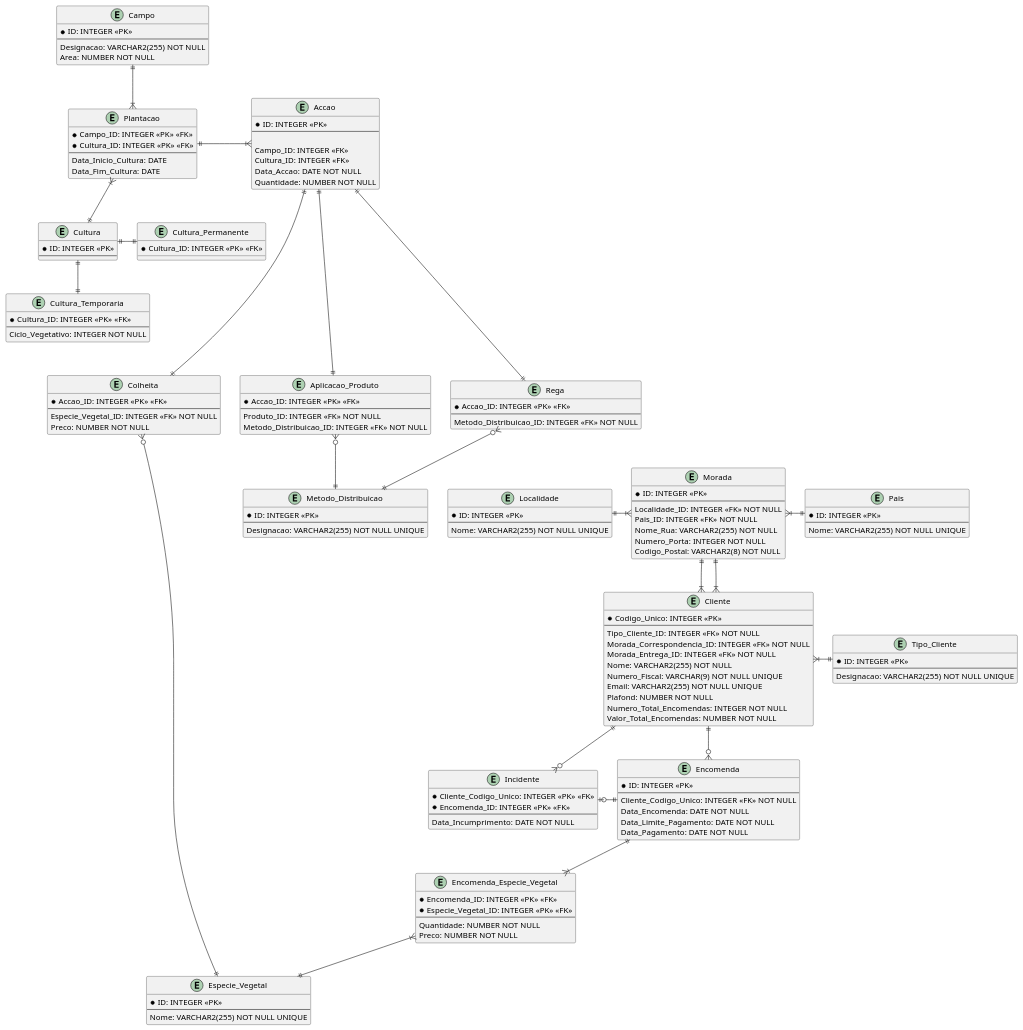
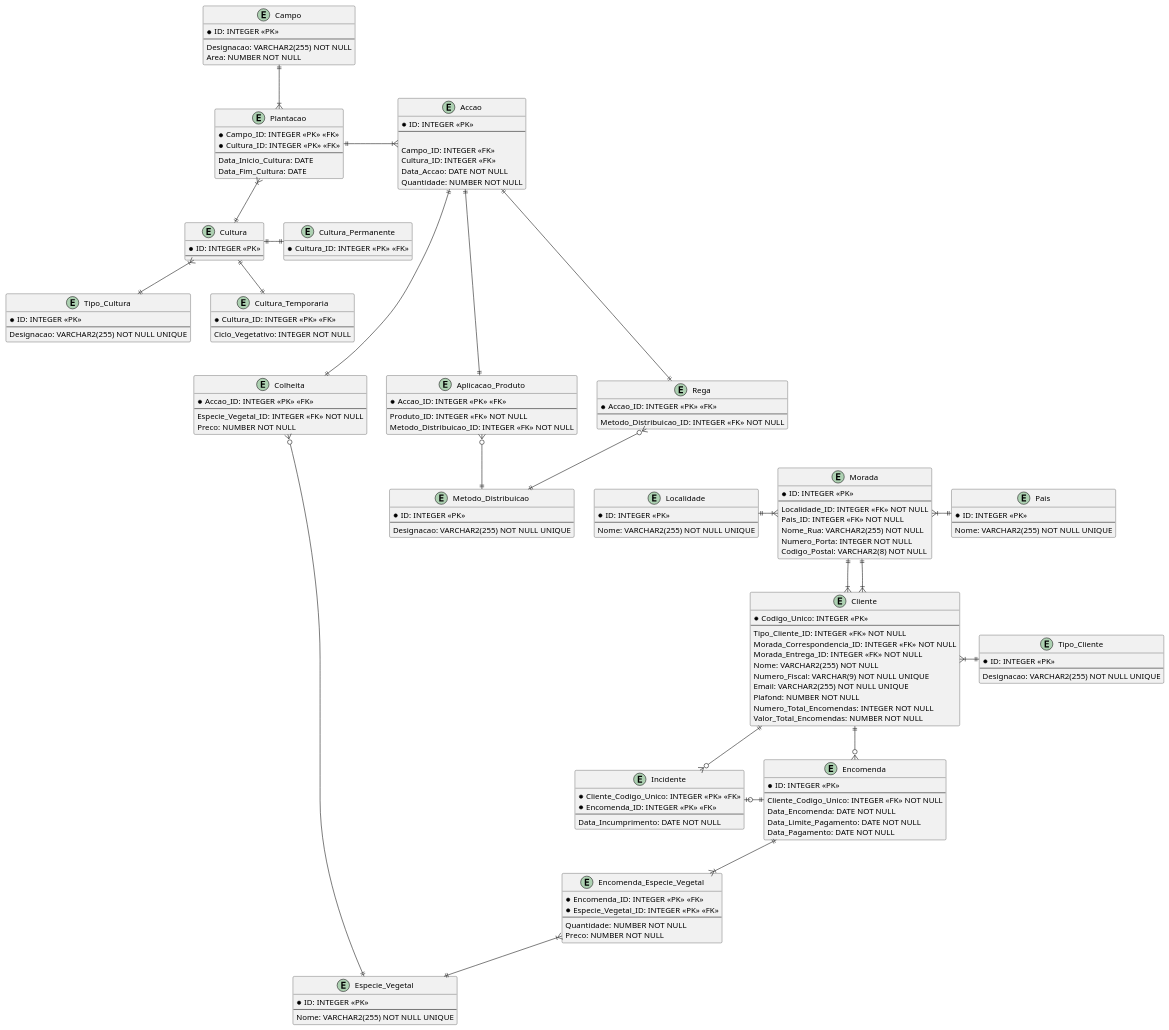
Before and after one commit to Mendoncaa/LAPR3: the diagram in BDDAD/Quinta-Finanças.puml, drawn with PlantUML. The commit also changed 3 other files, not shown here.

```diff
--- a/BDDAD/Quinta-Finanças.puml
+++ b/BDDAD/Quinta-Finanças.puml
@@ -1,192 +1,199 @@
 @startuml Quinta-Finanças
 
 /'TODO #1:- Verificar se a Designação de um Campo é única e se estas 
 devem seguir um conjunto de regras;'/
 /'TODO #2:- Determinar o valor minímo de uma qualquer Área;'/
 /'Constraints:- [[Area, CHECK(Area > Mínimo)]]'/
 entity Campo {
     * ID: INTEGER <<PK>>
     --
     Designacao: VARCHAR2(255) NOT NULL
     Area: NUMBER NOT NULL
 }
 
 /'Triggers:-
     #1: Verificar que uma Cultura não é simultaneamente uma Cultura_Temporaria
     e Cultura_Permanente;'/
 entity Cultura {
     * ID: INTEGER <<PK>>
     --
+}
+
+entity Tipo_Cultura {
+    * ID: INTEGER <<PK>>
+    --
+    Designacao: VARCHAR2(255) NOT NULL UNIQUE
 }
 
 /'Contraints:- [[Ciclo_Vegetativo, CHECK(Ciclo_Vegetativo > 0)], 
 [Ciclo_Vegetativo, CHECK(Ciclo_Vegetativo < 12)]]'/
 entity Cultura_Temporaria {
     * Cultura_ID: INTEGER <<PK>> <<FK>>
     --
     Ciclo_Vegetativo: INTEGER NOT NULL
 }
 
 entity Cultura_Permanente {
     * Cultura_ID: INTEGER <<PK>> <<FK>>
 }
 
 /'Constraints:- [[Campo_ID, Data_Inicio_Cultura, UNIQUE(Campo_ID, Data_Inicio_Cultura)], 
 [Data_Fim_Cultura, CHECK(Data_Fim_Cultura < Data_Inicio_Cultura)]]'/
 entity Plantacao {
     * Campo_ID: INTEGER <<PK>> <<FK>>
     * Cultura_ID: INTEGER <<PK>> <<FK>>
     --
     Data_Inicio_Cultura: DATE
     Data_Fim_Cultura: DATE
 }
 
 entity Especie_Vegetal {
     * ID: INTEGER <<PK>>
     --
     Nome: VARCHAR2(255) NOT NULL UNIQUE
 }
 
 entity Tipo_Cliente {
     * ID: INTEGER <<PK>>
     --
     Designacao: VARCHAR2(255) NOT NULL UNIQUE
 }
 
 /'Constraints:- [[Numero_Fiscal, CHECK(Numero_Fiscal LIKE "[0-9]{9}")], 
 [Email, CHECK(Email LIKE "[a-z][0-9a-z]*@[a-z]+\.[a-z]")]]'/
 entity Cliente {
     * Codigo_Unico: INTEGER <<PK>>
     --
     Tipo_Cliente_ID: INTEGER <<FK>> NOT NULL
     Morada_Correspondencia_ID: INTEGER <<FK>> NOT NULL
     Morada_Entrega_ID: INTEGER <<FK>> NOT NULL
     Nome: VARCHAR2(255) NOT NULL
     Numero_Fiscal: VARCHAR(9) NOT NULL UNIQUE
     Email: VARCHAR2(255) NOT NULL UNIQUE
     Plafond: NUMBER NOT NULL
     Numero_Total_Encomendas: INTEGER NOT NULL
     Valor_Total_Encomendas: NUMBER NOT NULL
 }
 
 /'Constraints:- [[Numero_Porta, CHECK(Numero_Porta > 0)], 
 [Codigo_Postal, CHECK(Codigo_Postal LIKE "[0-9]{4}-[0-9]{3}")]]'/
 entity Morada {
     * ID: INTEGER <<PK>>
     --
     Localidade_ID: INTEGER <<FK>> NOT NULL
     Pais_ID: INTEGER <<FK>> NOT NULL
     Nome_Rua: VARCHAR2(255) NOT NULL
     Numero_Porta: INTEGER NOT NULL
     Codigo_Postal: VARCHAR2(8) NOT NULL
 }
 
 entity Localidade {
     * ID: INTEGER <<PK>>
     --
     Nome: VARCHAR2(255) NOT NULL UNIQUE
 }
 
 entity Pais {
     * ID: INTEGER <<PK>>
     --
     Nome: VARCHAR2(255) NOT NULL UNIQUE
 }
 
 entity Encomenda {
     * ID: INTEGER <<PK>>
     --
     Cliente_Codigo_Unico: INTEGER <<FK>> NOT NULL
     Data_Encomenda: DATE NOT NULL
     Data_Limite_Pagamento: DATE NOT NULL
     Data_Pagamento: DATE NOT NULL
 }
 
 /'Triggers:-
     #1:'/
 entity Incidente {
     * Cliente_Codigo_Unico: INTEGER <<PK>> <<FK>>
     * Encomenda_ID: INTEGER <<PK>> <<FK>>
     --
     Data_Incumprimento: DATE NOT NULL
 }
 
 entity Encomenda_Especie_Vegetal {
     * Encomenda_ID: INTEGER <<PK>> <<FK>>
     * Especie_Vegetal_ID: INTEGER <<PK>> <<FK>>
     --
     Quantidade: NUMBER NOT NULL
     Preco: NUMBER NOT NULL
 }
 
 /'Constraints:- [[Quantidade, CHECK(Quantidade > 0)]]'/
 entity Accao {
     * ID: INTEGER <<PK>>
     --
 
     Campo_ID: INTEGER <<FK>>
     Cultura_ID: INTEGER <<FK>>
     Data_Accao: DATE NOT NULL
     Quantidade: NUMBER NOT NULL
 }
 
 entity Metodo_Distribuicao {
     * ID: INTEGER <<PK>>
     --
     Designacao: VARCHAR2(255) NOT NULL UNIQUE
 }
 
 entity Rega {
     * Accao_ID: INTEGER <<PK>> <<FK>>
     --
     Metodo_Distribuicao_ID: INTEGER <<FK>> NOT NULL
 }
 
 entity Aplicacao_Produto {
     * Accao_ID: INTEGER <<PK>> <<FK>>
     --
     Produto_ID: INTEGER <<FK>> NOT NULL
     Metodo_Distribuicao_ID: INTEGER <<FK>> NOT NULL
 }
 
 entity Colheita {
     * Accao_ID: INTEGER <<PK>> <<FK>>
     --
     Especie_Vegetal_ID: INTEGER <<FK>> NOT NULL
     Preco: NUMBER NOT NULL
 }
 
 Campo ||-d-|{ Plantacao
 
 Cultura ||-u-|{ Plantacao
 Cultura ||-d-|| Cultura_Temporaria
 Cultura ||-r-|| Cultura_Permanente
+Tipo_Cultura ||-u-|{ Cultura 
 
 Plantacao ||-r-|{ Accao
 
 Tipo_Cliente ||-l-|{ Cliente
 
 Morada ||-d-|{ Cliente
 Morada ||-d-|{ Cliente
 
 Localidade ||-r-|{ Morada
 
 Pais ||-l-|{ Morada
 
 Cliente ||-d-o{ Encomenda
 Cliente ||-d-o{ Incidente
 
 Encomenda ||-l-o| Incidente
 Encomenda ||-d-|{ Encomenda_Especie_Vegetal
 
 Especie_Vegetal ||-u-|{ Encomenda_Especie_Vegetal
 Especie_Vegetal ||---u---o{ Colheita
 
 Accao ||--d--|| Rega
 Accao ||--d--|| Aplicacao_Produto
 Accao ||--d--|| Colheita
 
 Metodo_Distribuicao ||-u-o{ Rega
 Metodo_Distribuicao ||-u-o{ Aplicacao_Produto
 
 @enduml
```
